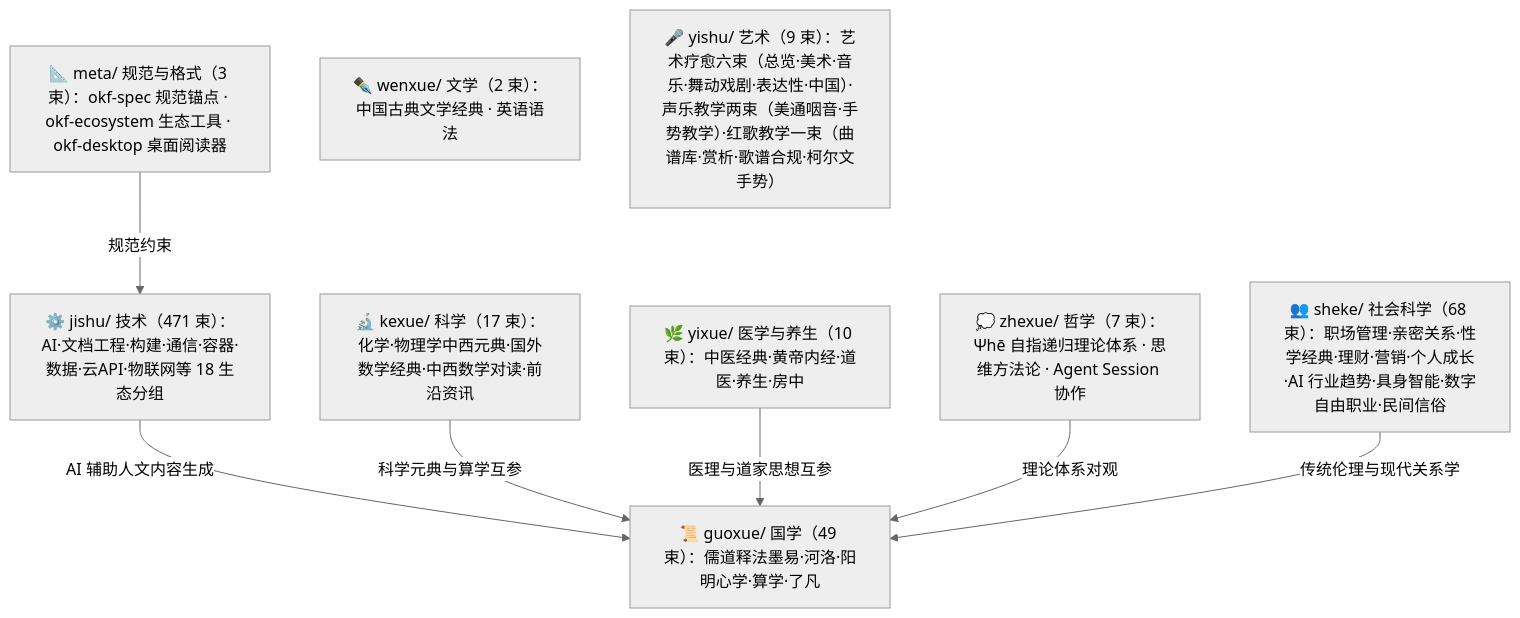
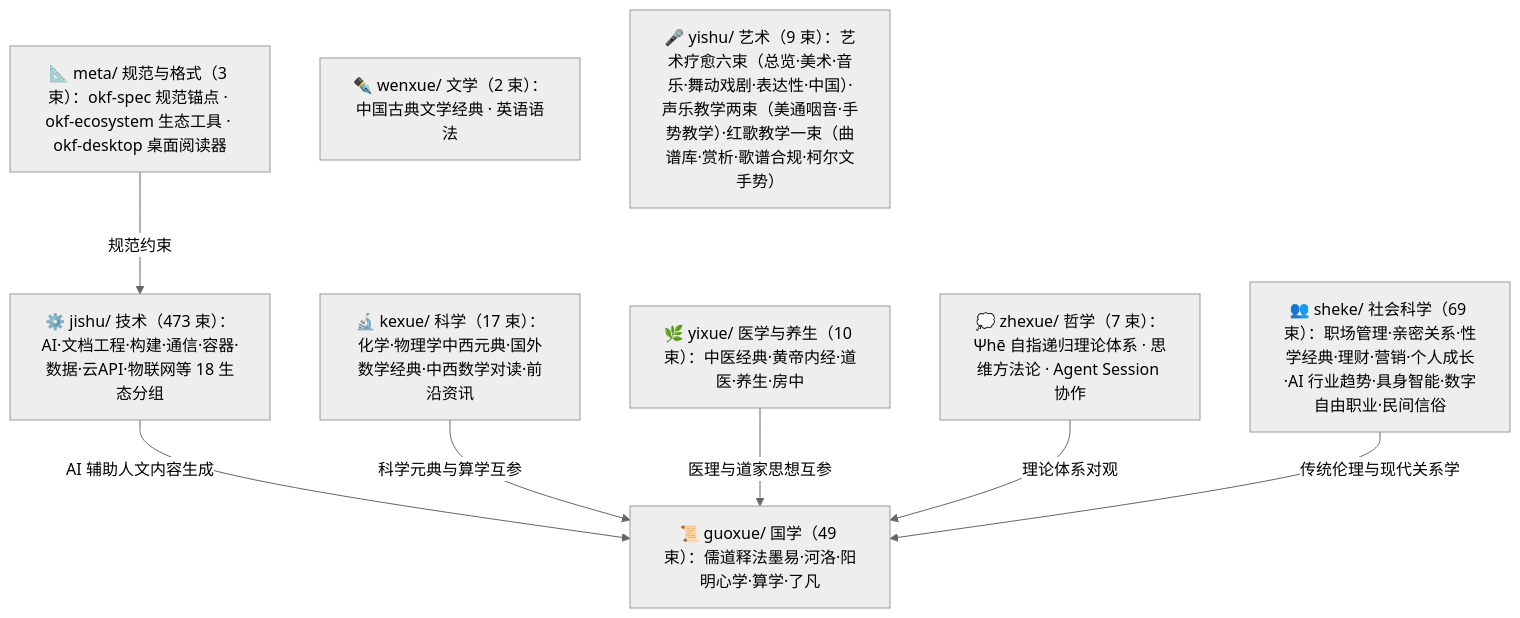
Before and after one commit to awesome-flexloop/awesome-okf: the diagram in doc/bundles/index.md, drawn with Mermaid (neutral theme). The commit also changed other lines of this file and 61 other files, not shown here.

````diff
--- a/doc/bundles/index.md
+++ b/doc/bundles/index.md
@@ -21,18 +21,18 @@
 ```mermaid
 flowchart TD
     meta["📐 meta/ 规范与格式（3 束）：okf-spec 规范锚点 · okf-ecosystem 生态工具 · okf-desktop 桌面阅读器"]
     guoxue["📜 guoxue/ 国学（49 束）：儒道释法墨易·河洛·阳明心学·算学·了凡"]
     zhexue["💭 zhexue/ 哲学（7 束）：Ψhē 自指递归理论体系 · 思维方法论 · Agent Session 协作"]
     kexue["🔬 kexue/ 科学（17 束）：化学·物理学中西元典·国外数学经典·中西数学对读·前沿资讯"]
     wenxue["✒️ wenxue/ 文学（2 束）：中国古典文学经典 · 英语语法"]
     yixue["🌿 yixue/ 医学与养生（10 束）：中医经典·黄帝内经·道医·养生·房中"]
-    sheke["👥 sheke/ 社会科学（68 束）：职场管理·亲密关系·性学经典·理财·营销·个人成长·AI 行业趋势·具身智能·数字自由职业·民间信俗"]
+    sheke["👥 sheke/ 社会科学（69 束）：职场管理·亲密关系·性学经典·理财·营销·个人成长·AI 行业趋势·具身智能·数字自由职业·民间信俗"]
     yishu["🎤 yishu/ 艺术（9 束）：艺术疗愈六束（总览·美术·音乐·舞动戏剧·表达性·中国）·声乐教学两束（美通咽音·手势教学）·红歌教学一束（曲谱库·赏析·歌谱合规·柯尔文手势）"]
-    jishu["⚙️ jishu/ 技术（471 束）：AI·文档工程·构建·通信·容器·数据·云API·物联网等 18 生态分组"]
+    jishu["⚙️ jishu/ 技术（473 束）：AI·文档工程·构建·通信·容器·数据·云API·物联网等 18 生态分组"]
     meta -->|"规范约束"| jishu
     jishu -->|"AI 辅助人文内容生成"| guoxue
     kexue -->|"科学元典与算学互参"| guoxue
     yixue -->|"医理与道家思想互参"| guoxue
     zhexue -->|"理论体系对观"| guoxue
     sheke -->|"传统伦理与现代关系学"| guoxue
 ```
````
